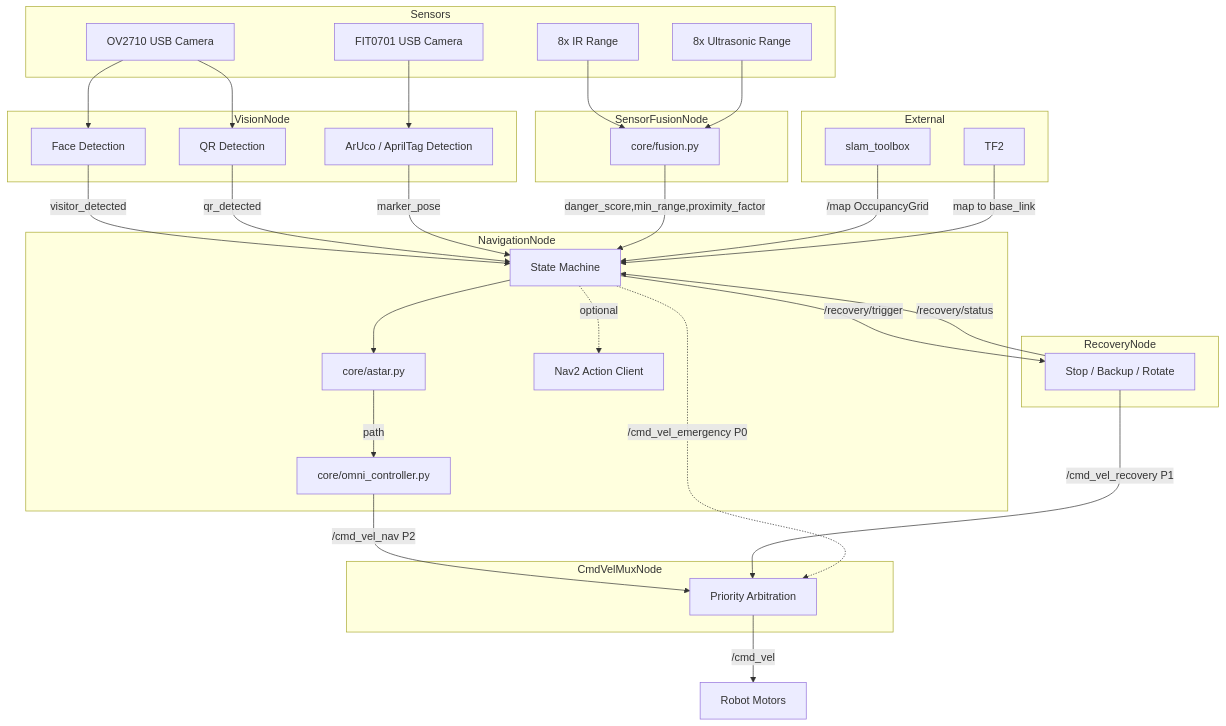
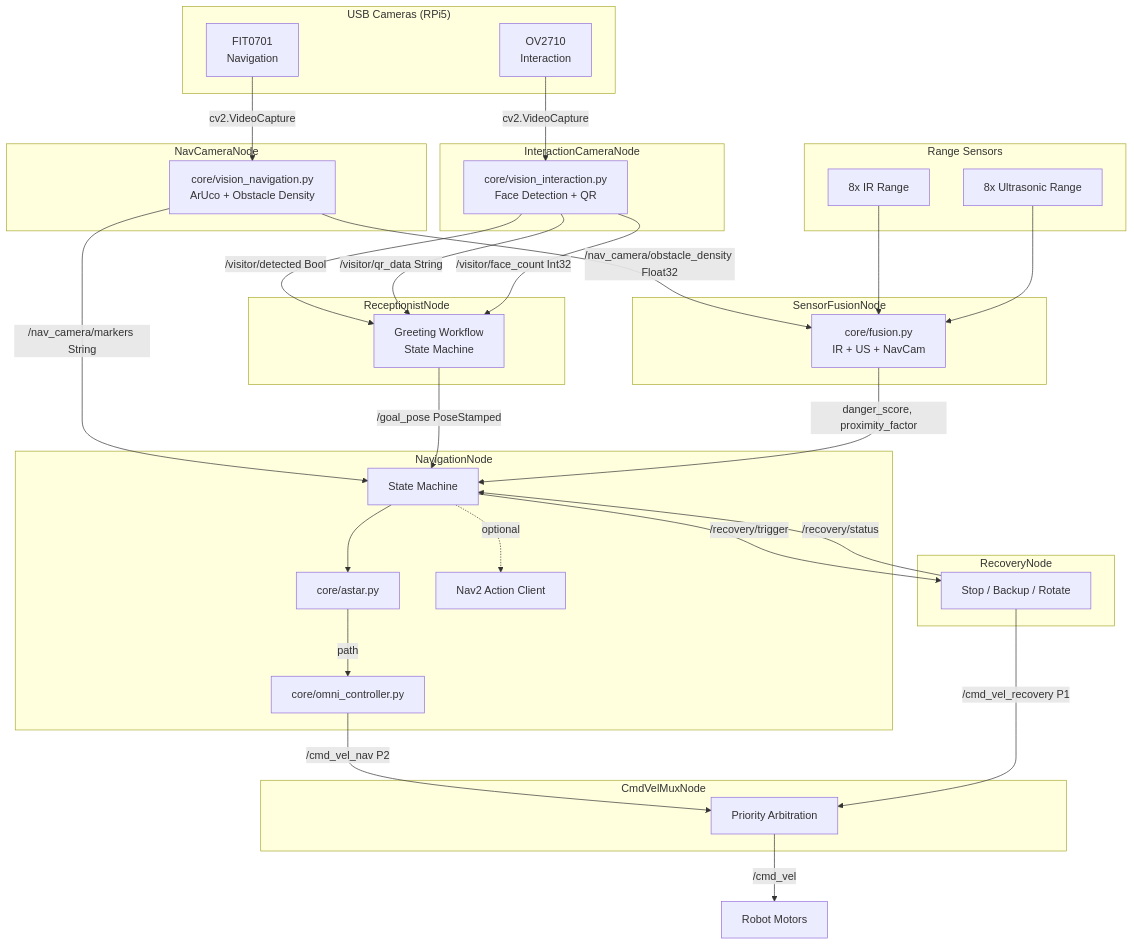
Before and after one commit to iamkavin1674/Welcoming-Robot: the diagram in readme.md, drawn with Mermaid. The commit also changed other lines of this file and 2 other files, not shown here.

Commit message:
docs: update readme with dual-camera architecture and fix stale docstrings

````diff
--- a/readme.md
+++ b/readme.md
@@ -28,71 +44,68 @@
 ```mermaid
 graph TB
-    subgraph Sensors
+    subgraph USB_Cameras["USB Cameras (RPi5)"]
+        OV["OV2710<br/>Interaction"]
+        FIT["FIT0701<br/>Navigation"]
+    end
+
+    subgraph InteractionCameraNode
+        IV["core/vision_interaction.py<br/>Face Detection + QR"]
+    end
+
+    subgraph NavCameraNode
+        NV["core/vision_navigation.py<br/>ArUco + Obstacle Density"]
+    end
+
+    subgraph ReceptionistNode
+        RX["Greeting Workflow<br/>State Machine"]
+    end
+
+    subgraph RangeSensors["Range Sensors"]
         IR["8x IR Range"]
         US["8x Ultrasonic Range"]
-        OV["OV2710 USB Camera"]
-        FIT["FIT0701 USB Camera"]
-    end
-
-    subgraph VisionNode
-        FD["Face Detection"]
-        QR["QR Detection"]
-        MK["ArUco / AprilTag Detection"]
     end
 
     subgraph SensorFusionNode
-        SF["core/fusion.py"]
+        SF["core/fusion.py<br/>IR + US + NavCam"]
     end
 
     subgraph NavigationNode
         SM["State Machine"]
         AS["core/astar.py"]
         OC["core/omni_controller.py"]
         N2["Nav2 Action Client"]
     end
 
+    subgraph CmdVelMuxNode
+        MUX["Priority Arbitration"]
+    end
+
     subgraph RecoveryNode
         REC["Stop / Backup / Rotate"]
     end
 
-    subgraph CmdVelMuxNode
-        MUX["Priority Arbitration"]
-    end
+    OV -->|cv2.VideoCapture| IV
+    FIT -->|cv2.VideoCapture| NV
 
-    subgraph External
-        SLAM["slam_toolbox"]
-        TF["TF2"]
-    end
+    IV -->|/visitor/detected Bool| RX
+    IV -->|/visitor/qr_data String| RX
+    IV -->|/visitor/face_count Int32| RX
 
-    OV --> FD
-    OV --> QR
-    FIT --> MK
+    NV -->|/nav_camera/obstacle_density Float32| SF
+    NV -->|/nav_camera/markers String| SM
+
+    RX -->|/goal_pose PoseStamped| SM
 
     IR --> SF
     US --> SF
-
-    FD -->|visitor_detected| SM
-    QR -->|qr_detected| SM
-    MK -->|marker_pose| SM
-
-    SF -->|danger_score,min_range,proximity_factor| SM
-
-    SLAM -->|/map OccupancyGrid| SM
-    TF -->|map to base_link| SM
+    SF -->|danger_score, proximity_factor| SM
 
     SM --> AS
     AS -->|path| OC
-
     OC -->|/cmd_vel_nav P2| MUX
-
     SM -->|/recovery/trigger| REC
+    REC -->|/cmd_vel_recovery P1| MUX
+    MUX -->|/cmd_vel| Motors["Robot Motors"]
     REC -->|/recovery/status| SM
-    REC -->|/cmd_vel_recovery P1| MUX
-
-    SM -.->|/cmd_vel_emergency P0| MUX
-
-    MUX -->|/cmd_vel| Robot["Robot Motors"]
-
     SM -.->|optional| N2
-
 ```
````
